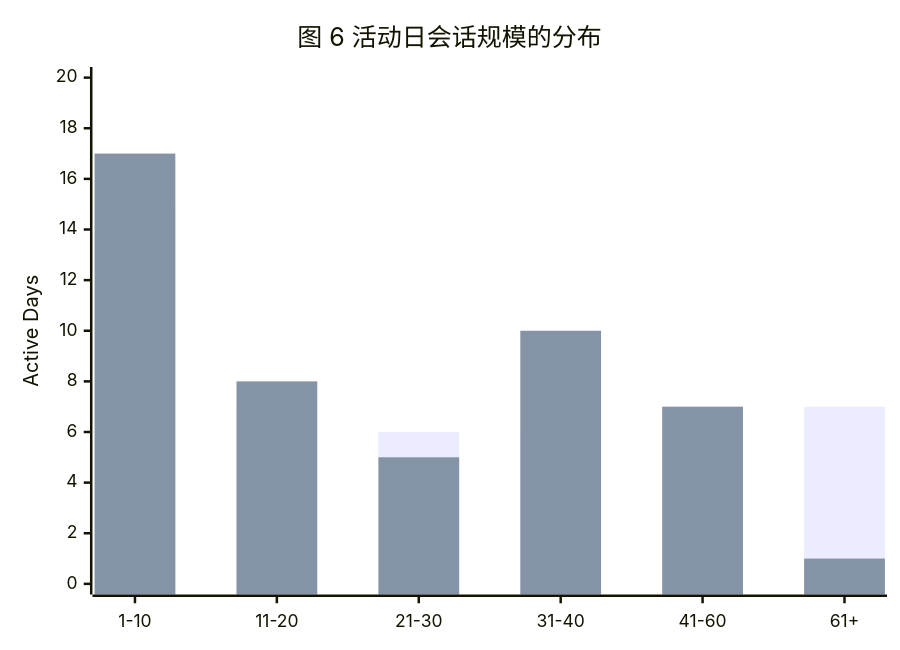
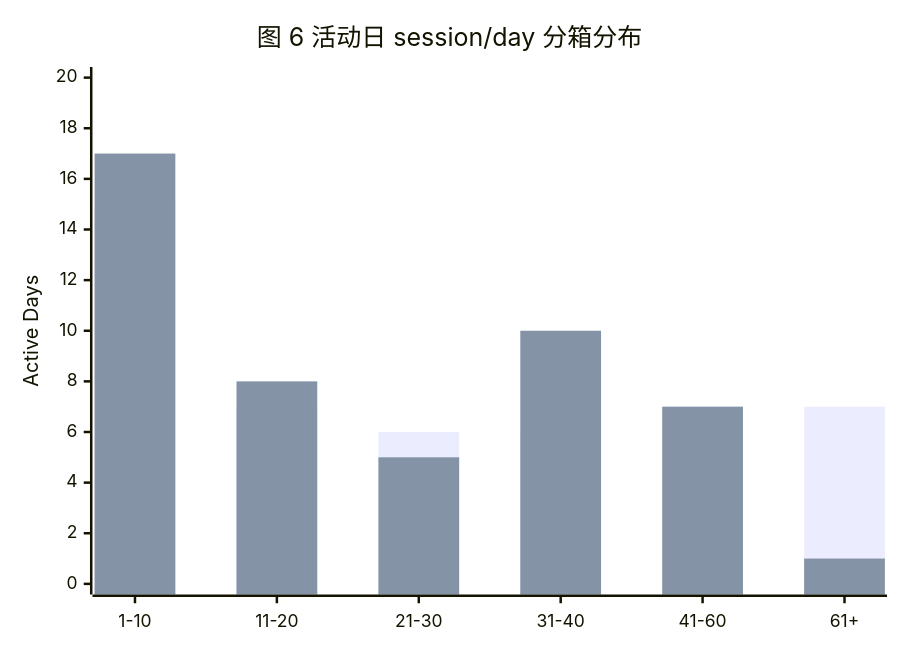
One commit to HansBug/HansBug.github.io changed the tenth of 16 diagrams in src/content/blog/llm/from-trench-to-command-desk-ai-writing-coding-productivity.md. Above: the diagram before and after it, drawn with Mermaid. The commit also changed other lines of this file, not shown here.

Commit message:
Refine session scale presentation in study three

````diff
--- a/src/content/blog/llm/from-trench-to-command-desk-ai-writing-coding-productivity.md
+++ b/src/content/blog/llm/from-trench-to-command-desk-ai-writing-coding-productivity.md
@@ -469,10 +469,10 @@
 ```mermaid
 %% series-labels: 全样本|工作流子样本
 %% series-colors: #8d99ae|#8fd6ff
 xychart-beta
-    title "图 6 活动日会话规模的分布"
+    title "图 6 活动日 session/day 分箱分布"
     x-axis ["1-10", "11-20", "21-30", "31-40", "41-60", "61+"]
     y-axis "Active Days" 0 --> 20
     bar [15, 7, 6, 6, 7, 7]
     bar [17, 8, 5, 10, 7, 1]
 ```
````
